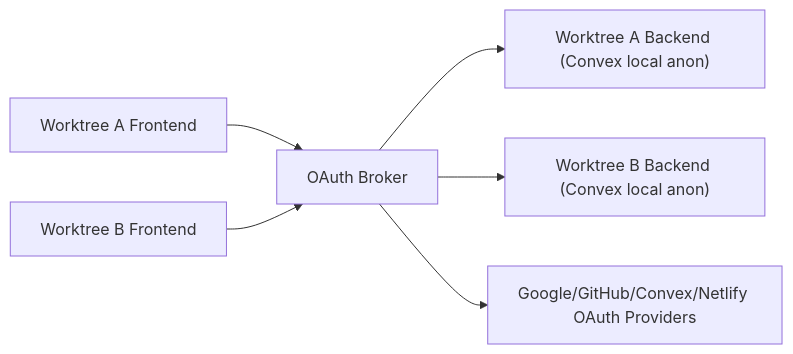
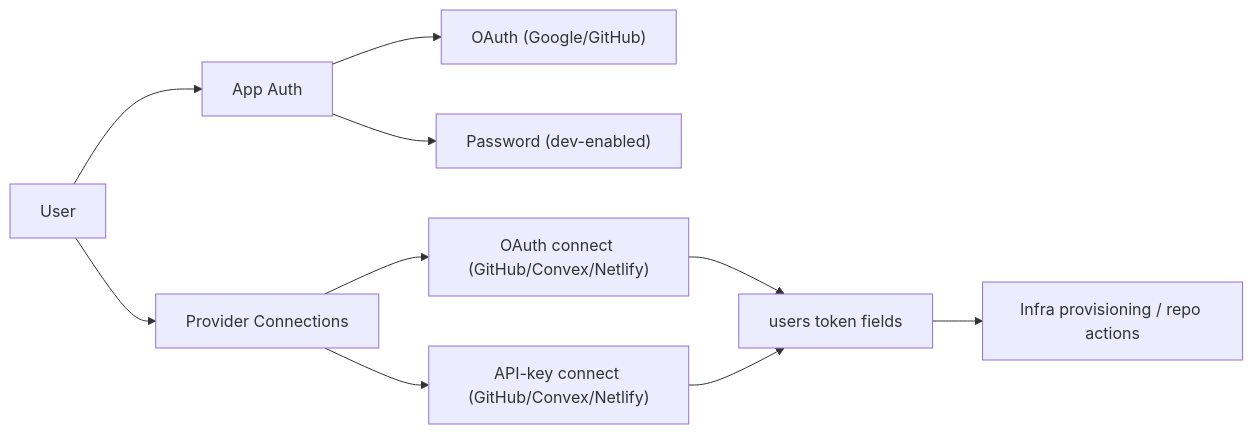
Before and after one commit to samebase/samebase: the diagram in specs/025_MULTI_WORKTREE_OAUTH_BROKER_SPEC.md, drawn with Mermaid. The commit also changed other lines of this file and 8 other files, not shown here.

Commit message:
Add dev password auth and API-key provider connections

````diff
--- a/specs/025_MULTI_WORKTREE_OAUTH_BROKER_SPEC.md
+++ b/specs/025_MULTI_WORKTREE_OAUTH_BROKER_SPEC.md
@@ -90,8 +70,12 @@
 ```mermaid
 flowchart LR
-  F1["Worktree A Frontend"] --> B["OAuth Broker"]
-  F2["Worktree B Frontend"] --> B
-  B --> BA["Worktree A Backend (Convex local anon)"]
-  B --> BB["Worktree B Backend (Convex local anon)"]
-  B --> G["Google/GitHub/Convex/Netlify OAuth Providers"]
+  U["User"] --> A["App Auth"]
+  A --> O["OAuth (Google/GitHub)"]
+  A --> P["Password (dev-enabled)"]
+  U --> C["Provider Connections"]
+  C --> CO["OAuth connect (GitHub/Convex/Netlify)"]
+  C --> CK["API-key connect (GitHub/Convex/Netlify)"]
+  CO --> DB["users token fields"]
+  CK --> DB
+  DB --> I["Infra provisioning / repo actions"]
 ```
````
